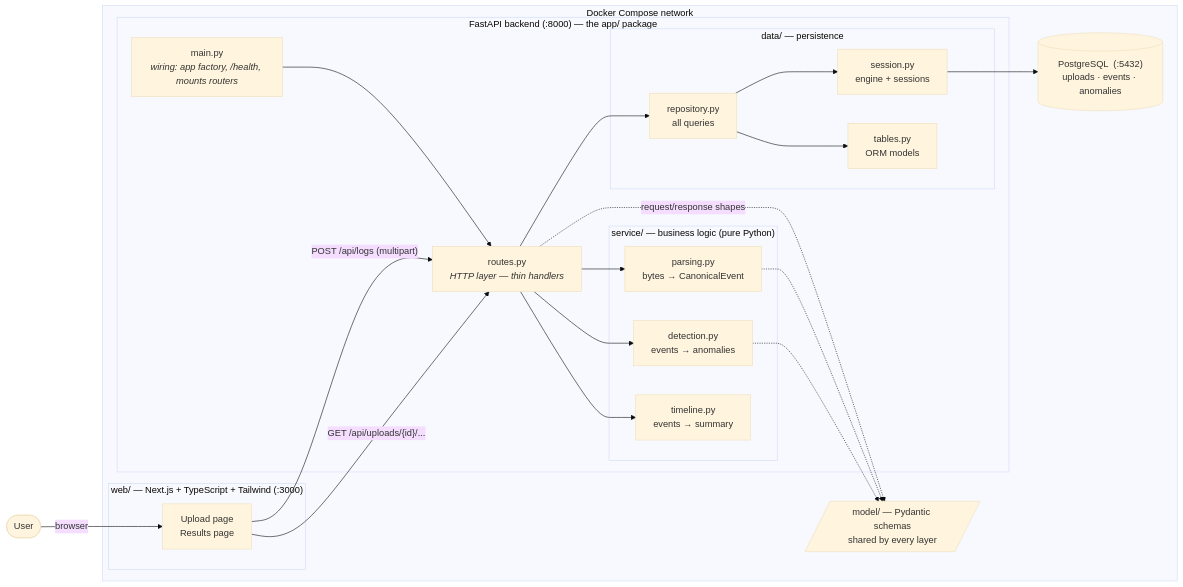
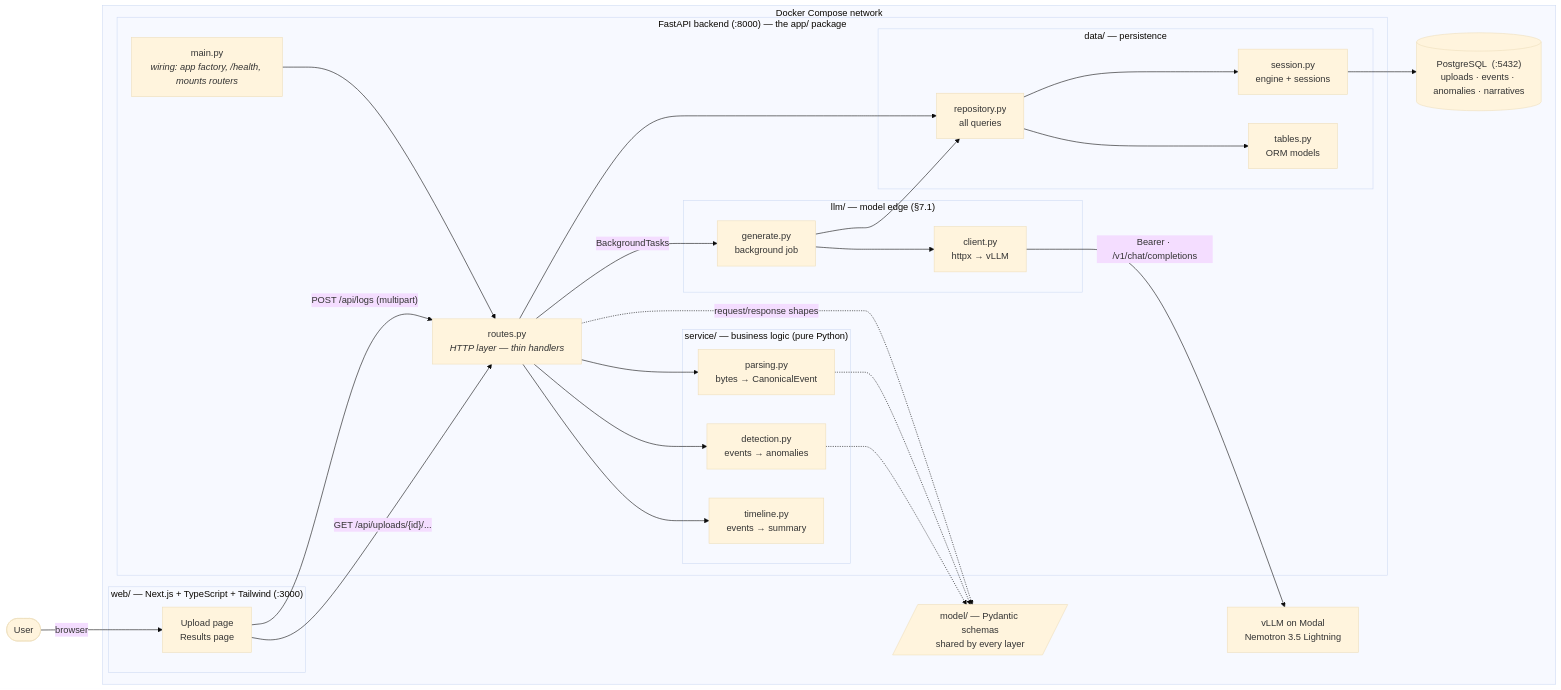
One commit to sacayo/tenex-security-application changed the first of 4 diagrams in spec.md. Above: the diagram before and after it, drawn with Mermaid (base theme). The commit also changed other lines of this file and 11 other files, not shown here.

````diff
--- a/spec.md
+++ b/spec.md
@@ -34,44 +34,54 @@
 ```mermaid
 flowchart LR
     user([User])
 
     subgraph compose["Docker Compose network"]
         subgraph web["web/ — Next.js + TypeScript + Tailwind  (:3000)"]
             pages["Upload page<br/>Results page"]
         end
 
         subgraph api["FastAPI backend  (:8000)  —  the app/ package"]
             main["main.py<br/><i>wiring: app factory, /health, mounts routers</i>"]
             routes["routes.py<br/><i>HTTP layer — thin handlers</i>"]
             subgraph service["service/ — business logic (pure Python)"]
                 parsing["parsing.py<br/>bytes → CanonicalEvent"]
                 detection["detection.py<br/>events → anomalies"]
                 timeline["timeline.py<br/>events → summary"]
             end
             subgraph data["data/ — persistence"]
                 repo["repository.py<br/>all queries"]
                 sess["session.py<br/>engine + sessions"]
                 tables["tables.py<br/>ORM models"]
             end
+            subgraph llm["llm/ — model edge (§7.1)"]
+                llmclient["client.py<br/>httpx → vLLM"]
+                llmgen["generate.py<br/>background job"]
+            end
             main --> routes
             routes --> parsing
             routes --> detection
             routes --> timeline
             routes --> repo
+            routes -->|"BackgroundTasks"| llmgen
+            llmgen --> llmclient
+            llmgen --> repo
             repo --> tables
             repo --> sess
         end
+
+        modal["vLLM on Modal<br/>Nemotron 3.5 Lightning"]
+        llmclient -->|"Bearer · /v1/chat/completions"| modal
 
         model[/"model/ — Pydantic schemas<br/>shared by every layer"/]
         routes -.->|"request/response shapes"| model
         parsing -.-> model
         detection -.-> model
 
-        db[("PostgreSQL  (:5432)<br/>uploads · events · anomalies")]
+        db[("PostgreSQL  (:5432)<br/>uploads · events · anomalies · narratives")]
         sess --> db
     end
 
     user -->|"browser"| pages
     pages -->|"POST /api/logs (multipart)"| routes
     pages -->|"GET /api/uploads/{id}/... "| routes
 ```
````
